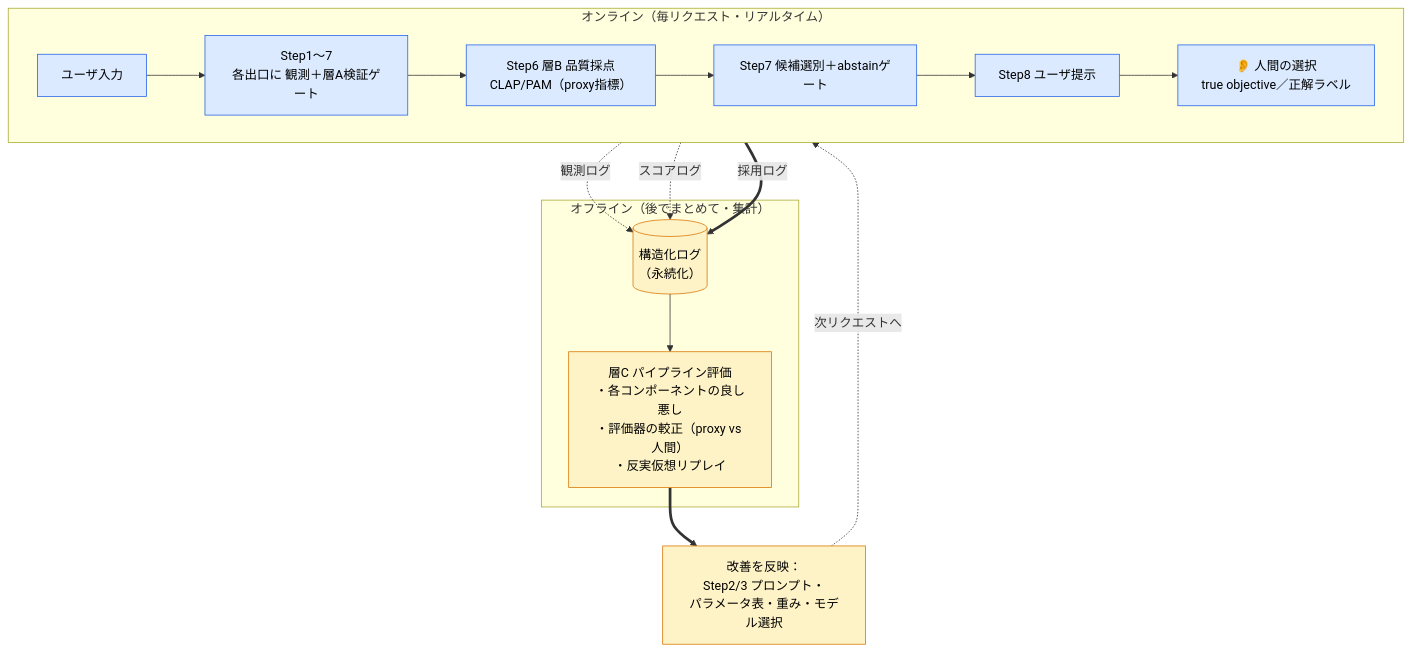
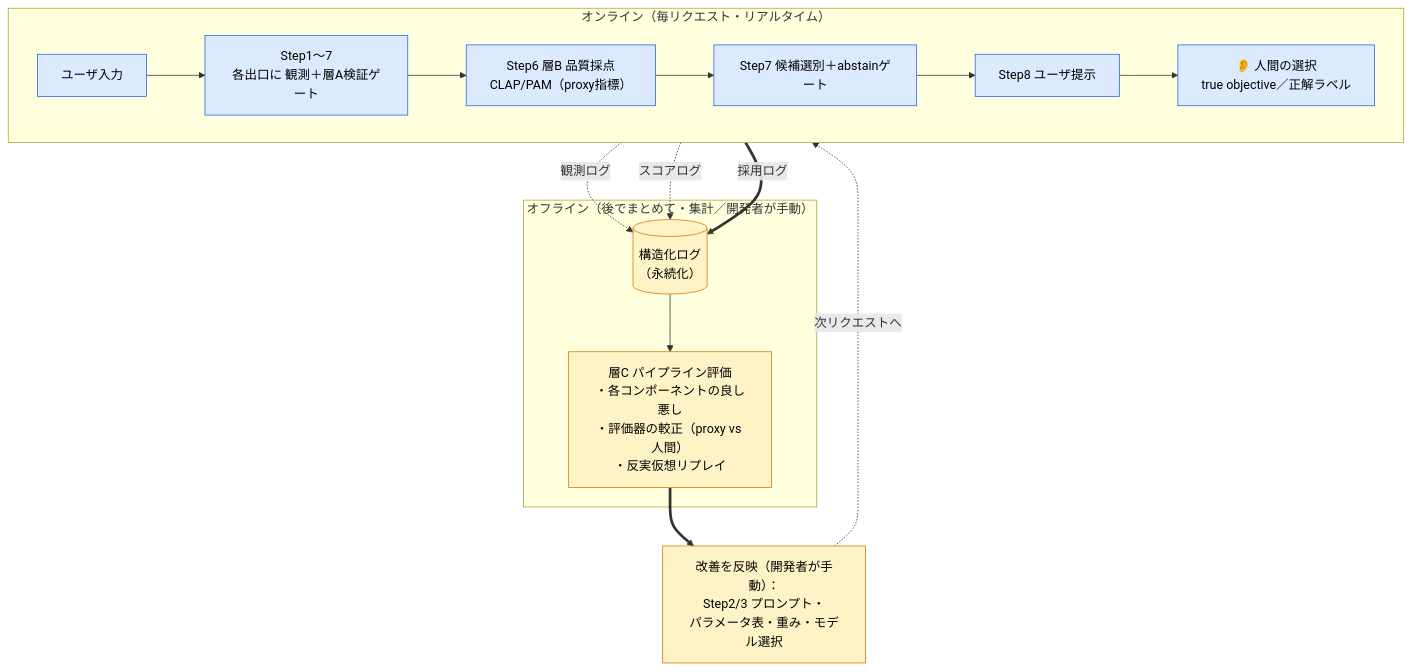
The third of 3 diagrams in docs/observation-and-evaluation-design.md (mgmaru/foley-forge-prototype), drawn with Mermaid before and after one commit. The commit also changed other lines of this file, not shown here.

Commit message:
9. Step ごとの配置の凡例を修正

````diff
--- a/docs/observation-and-evaluation-design.md
+++ b/docs/observation-and-evaluation-design.md
@@ -259,27 +278,27 @@
 ```mermaid
 flowchart TB
     subgraph ONLINE["オンライン（毎リクエスト・リアルタイム）"]
         direction LR
         IN["ユーザ入力"] --> P["Step1〜7<br/>各出口に 観測＋層A検証ゲート"]
         P --> B6["Step6 層B 品質採点<br/>CLAP/PAM（proxy指標）"]
         B6 --> B7["Step7 候補選別＋abstainゲート"]
         B7 --> OUT["Step8 ユーザ提示"]
         OUT --> HUMAN["👂 人間の選択<br/>true objective／正解ラベル"]
     end
 
     P -. 観測ログ .-> LOG[("構造化ログ<br/>（永続化）")]
     B6 -. スコアログ .-> LOG
     HUMAN == 採用ログ ==> LOG
 
-    subgraph OFFLINE["オフライン（後でまとめて・集計）"]
+    subgraph OFFLINE["オフライン（後でまとめて・集計／開発者が手動）"]
         LOG --> C["層C パイプライン評価<br/>・各コンポーネントの良し悪し<br/>・評価器の較正（proxy vs 人間）<br/>・反実仮想リプレイ"]
     end
 
-    C ==> IMPROVE["改善を反映：<br/>Step2/3 プロンプト・<br/>パラメータ表・重み・モデル選択"]
+    C ==> IMPROVE["改善を反映（開発者が手動）：<br/>Step2/3 プロンプト・<br/>パラメータ表・重み・モデル選択"]
     IMPROVE -. 次リクエストへ .-> P
 
     classDef on fill:#dbeafe,stroke:#2563eb,color:#000
     classDef off fill:#fef3c7,stroke:#d97706,color:#000
     class IN,P,B6,B7,OUT,HUMAN on
     class LOG,C,IMPROVE off
 ```
````
